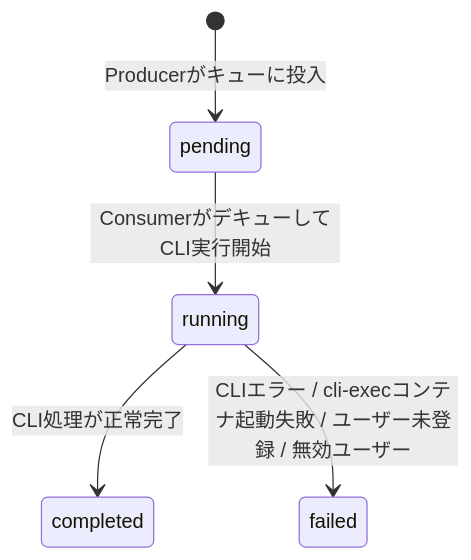
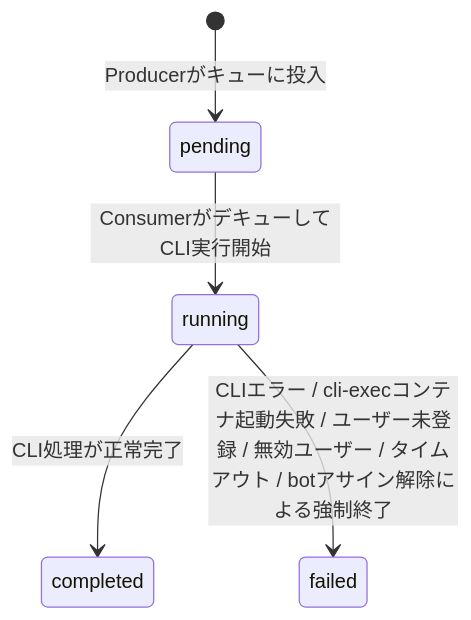
The fifth of 5 diagrams in docs/requirements.md (notfolder/CodingAgentAutomata), drawn with Mermaid before and after one commit. The commit also changed other lines of this file, not shown here.

````diff
--- a/docs/requirements.md
+++ b/docs/requirements.md
@@ -860,7 +870,7 @@
 ```mermaid
 stateDiagram-v2
     [*] --> pending : Producerがキューに投入
     pending --> running : ConsumerがデキューしてCLI実行開始
     running --> completed : CLI処理が正常完了
-    running --> failed : CLIエラー / cli-execコンテナ起動失敗 / ユーザー未登録 / 無効ユーザー
+    running --> failed : CLIエラー / cli-execコンテナ起動失敗 / ユーザー未登録 / 無効ユーザー / タイムアウト / botアサイン解除による強制終了
 ```
````
